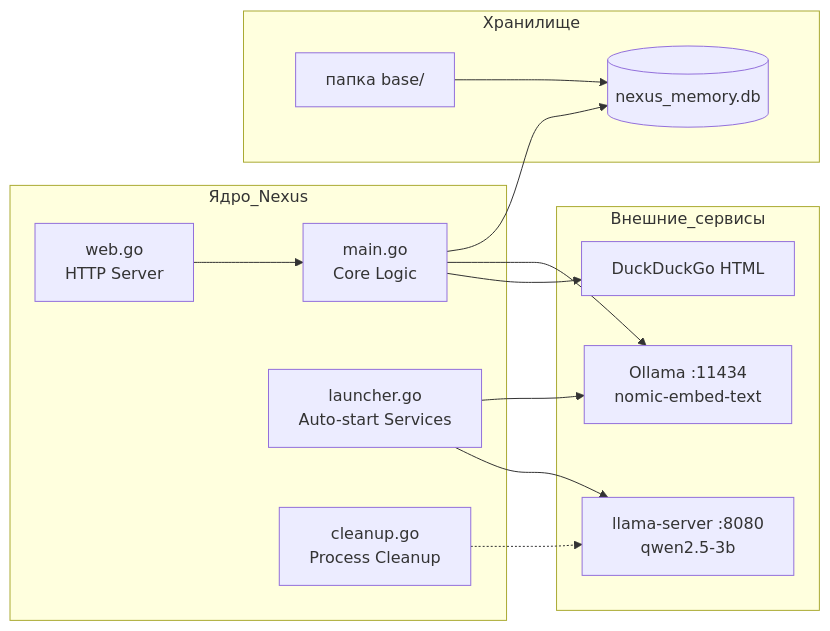
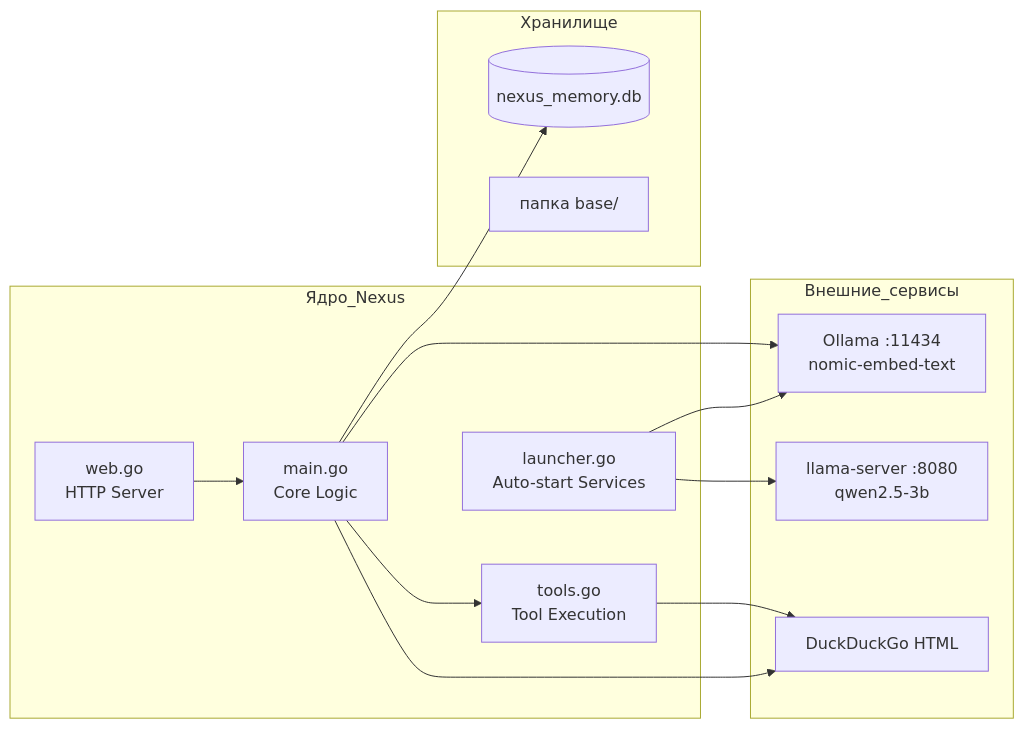
One commit to 1Maniak/nexus changed the third of 4 diagrams in docs/ARCHITECTURE.md. Above: the diagram before and after it, drawn with Mermaid. The commit also changed other lines of this file and 8 other files, not shown here.

````diff
--- a/docs/ARCHITECTURE.md
+++ b/docs/ARCHITECTURE.md
@@ -29,29 +56,29 @@
 ```mermaid
 graph LR
     subgraph Ядро_Nexus
         WEB[web.go<br/>HTTP Server]
         MAIN[main.go<br/>Core Logic]
+        TOOLS[tools.go<br/>Tool Execution]
         LAUNCH[launcher.go<br/>Auto-start Services]
-        CLEAN[cleanup.go<br/>Process Cleanup]
     end
 
     subgraph Внешние_сервисы
         OLLAMA[Ollama :11434<br/>nomic-embed-text]
         QWEN[llama-server :8080<br/>qwen2.5-3b]
         DDG[DuckDuckGo HTML]
     end
 
     subgraph Хранилище
         DB[(nexus_memory.db)]
         BASE[папка base/]
     end
 
     WEB --> MAIN
+    MAIN --> TOOLS
     LAUNCH --> QWEN
     LAUNCH --> OLLAMA
     MAIN --> DDG
     MAIN --> OLLAMA
     MAIN --> DB
-    BASE --> DB
-    CLEAN -.-> QWEN
+    TOOLS --> DDG
 ```
````
